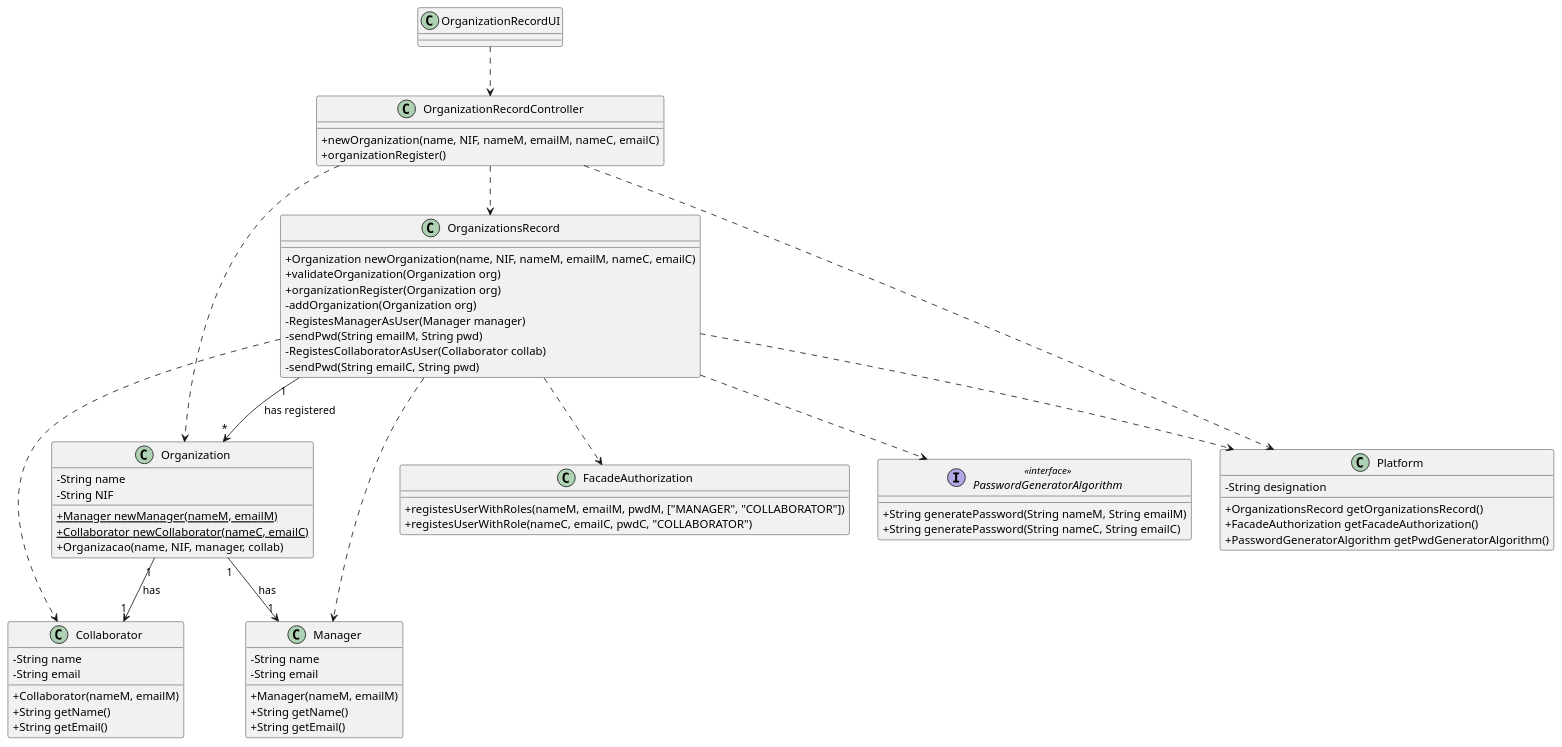
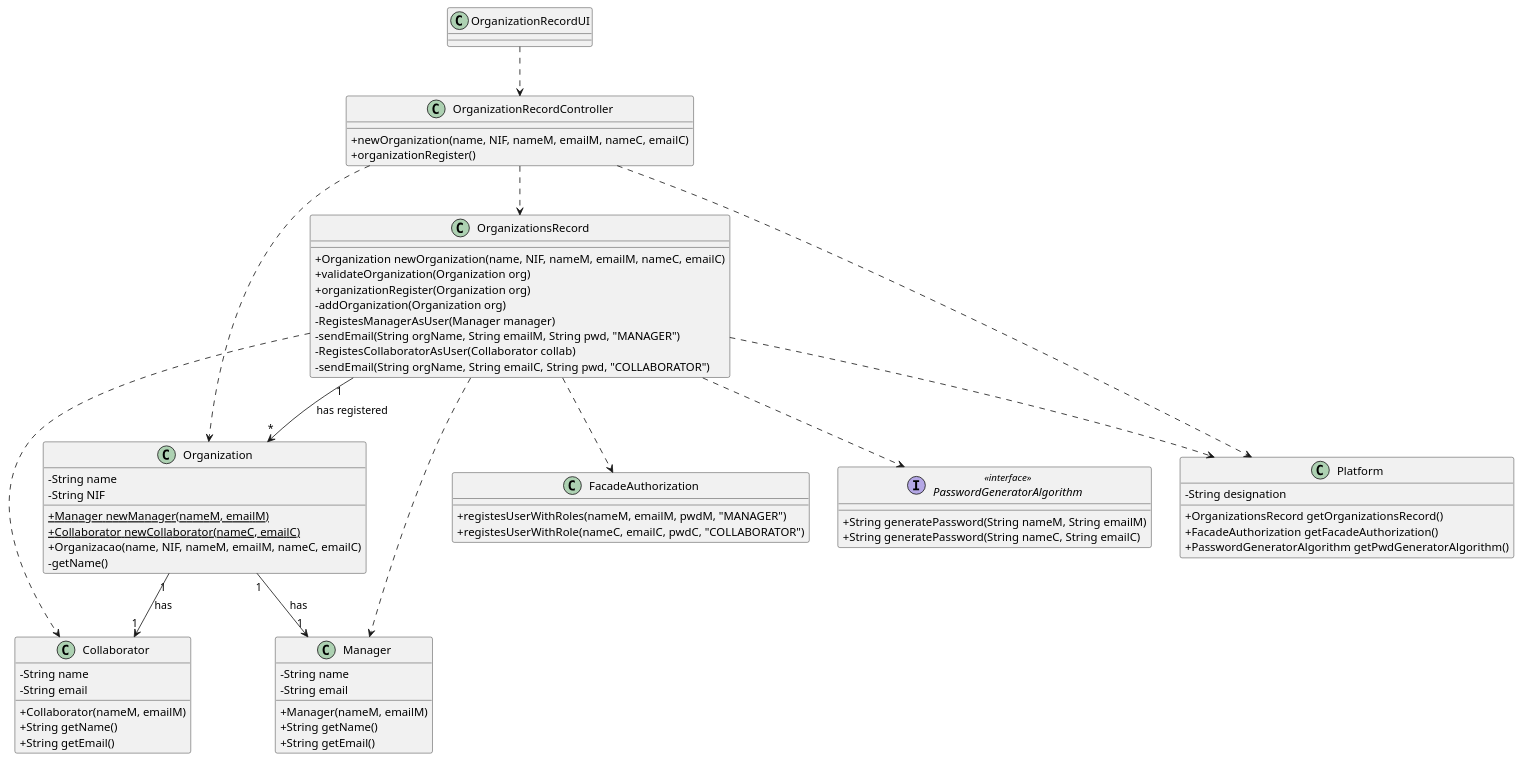
One commit to pedrolemos4/LAPR2 changed the diagram in docs/UC7 - Add New Organization/UC7_CD.puml. Above: the diagram before and after it, drawn with PlantUML. The commit also changed 8 other files, not shown here.

```diff
--- a/docs/UC7 - Add New Organization/UC7_CD.puml
+++ b/docs/UC7 - Add New Organization/UC7_CD.puml
@@ -1,78 +1,79 @@
 @startuml
 skinparam classAttributeIconSize 0
 
 class Collaborator {
   -String name
   -String email
   +Collaborator(nameM, emailM)
   +String getName()
   +String getEmail()
 }
 
 class Manager {
   -String name
   -String email
   +Manager(nameM, emailM)
   +String getName()
   +String getEmail()
 }
 
 class Organization {
   -String name
   -String NIF
   +{static} Manager newManager(nameM, emailM)
   +{static} Collaborator newCollaborator(nameC, emailC)
-  +Organizacao(name, NIF, manager, collab)
+  +Organizacao(name, NIF, nameM, emailM, nameC, emailC)
+  -getName()
 }
 
 class Platform {
   -String designation
   +OrganizationsRecord getOrganizationsRecord()
   +FacadeAuthorization getFacadeAuthorization()
   +PasswordGeneratorAlgorithm getPwdGeneratorAlgorithm()
 }
 
 class OrganizationsRecord {
   +Organization newOrganization(name, NIF, nameM, emailM, nameC, emailC)
   +validateOrganization(Organization org)
   +organizationRegister(Organization org)
   -addOrganization(Organization org)
   -RegistesManagerAsUser(Manager manager)
-  -sendPwd(String emailM, String pwd)
+  -sendEmail(String orgName, String emailM, String pwd, "MANAGER")
   -RegistesCollaboratorAsUser(Collaborator collab)
-  -sendPwd(String emailC, String pwd)
+  -sendEmail(String orgName, String emailC, String pwd, "COLLABORATOR")
 }
 
 class FacadeAuthorization {
-  +registesUserWithRoles(nameM, emailM, pwdM, ["MANAGER", "COLLABORATOR"])
+  +registesUserWithRoles(nameM, emailM, pwdM, "MANAGER")
   +registesUserWithRole(nameC, emailC, pwdC, "COLLABORATOR")
 }
 
 interface PasswordGeneratorAlgorithm <<interface>>{
    +String generatePassword(String nameM, String emailM)
    +String generatePassword(String nameC, String emailC)
 }
 
 class OrganizationRecordController {
     +newOrganization(name, NIF, nameM, emailM, nameC, emailC)
     +organizationRegister()
 }
 
 class OrganizationRecordUI {
 }
 
 OrganizationRecordUI ..> OrganizationRecordController
 OrganizationRecordController ..> Platform
 OrganizationRecordController ..> OrganizationsRecord
 OrganizationRecordController ..> Organization
 
 OrganizationsRecord "1" --> "*" Organization : has registered
 OrganizationsRecord ..> Collaborator
 OrganizationsRecord ..> Manager
 OrganizationsRecord ..> Platform
 OrganizationsRecord ..> FacadeAuthorization
 OrganizationsRecord ..> PasswordGeneratorAlgorithm
 Organization "1" --> "1" Collaborator: has
 Organization "1" --> "1" Manager: has
 
 @enduml
```
